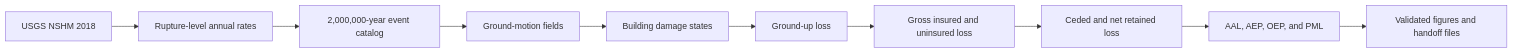
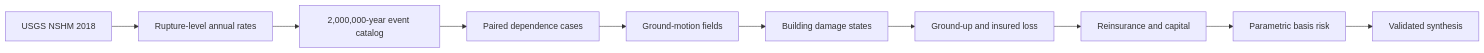
The diagram in README.md (NatCatAnalystRandle/seismic-correlation-insurance-loss), drawn with Mermaid before and after one commit. The commit also changed other lines of this file and 7 other files, not shown here.

````diff
--- a/README.md
+++ b/README.md
@@ -69,12 +71,12 @@
 ```mermaid
 flowchart LR
     A[USGS NSHM 2018] --> B[Rupture-level annual rates]
     B --> C[2,000,000-year event catalog]
-    C --> D[Ground-motion fields]
-    D --> E[Building damage states]
-    E --> F[Ground-up loss]
-    F --> G[Gross insured and uninsured loss]
-    G --> H[Ceded and net retained loss]
-    H --> I[AAL, AEP, OEP, and PML]
-    I --> J[Validated figures and handoff files]
+    C --> D[Paired dependence cases]
+    D --> E[Ground-motion fields]
+    E --> F[Building damage states]
+    F --> G[Ground-up and insured loss]
+    G --> H[Reinsurance and capital]
+    H --> I[Parametric basis risk]
+    I --> J[Validated synthesis]
 ```
````
